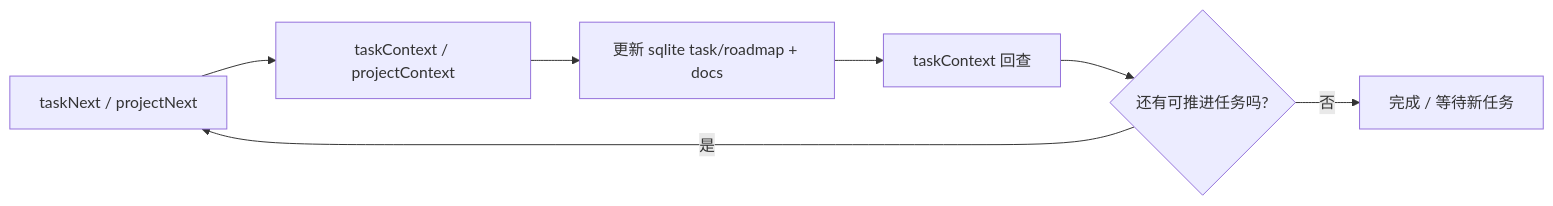
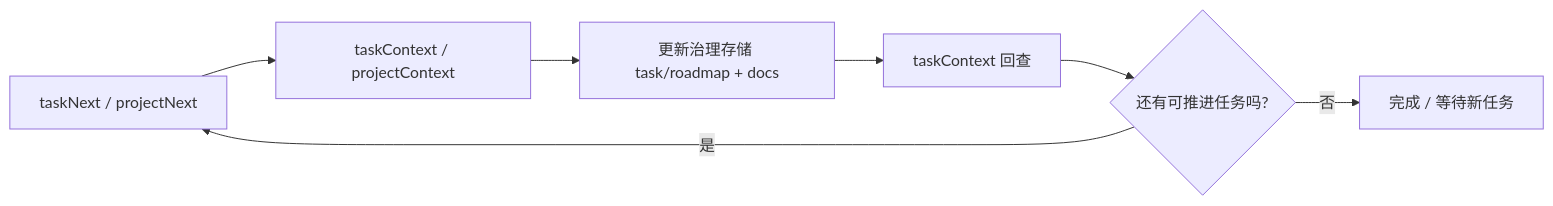
One commit to yinxulai/projitive changed the first of 2 diagrams in packages/mcp/README_CN.md. Above: the diagram before and after it, drawn with Mermaid. The commit also changed other lines of this file and 23 other files, not shown here.

Commit message:
chore(mcp): release v2.0.3 with governance flow updates

````diff
--- a/packages/mcp/README_CN.md
+++ b/packages/mcp/README_CN.md
@@ -73,9 +84,9 @@
 ```mermaid
 flowchart LR
   A[taskNext / projectNext] --> B[taskContext / projectContext]
-  B --> C[更新 sqlite task/roadmap + docs]
+  B --> C[更新治理存储 task/roadmap + docs]
   C --> D[taskContext 回查]
   D --> E{还有可推进任务吗?}
   E -->|是| A
   E -->|否| F[完成 / 等待新任务]
 ```
````
